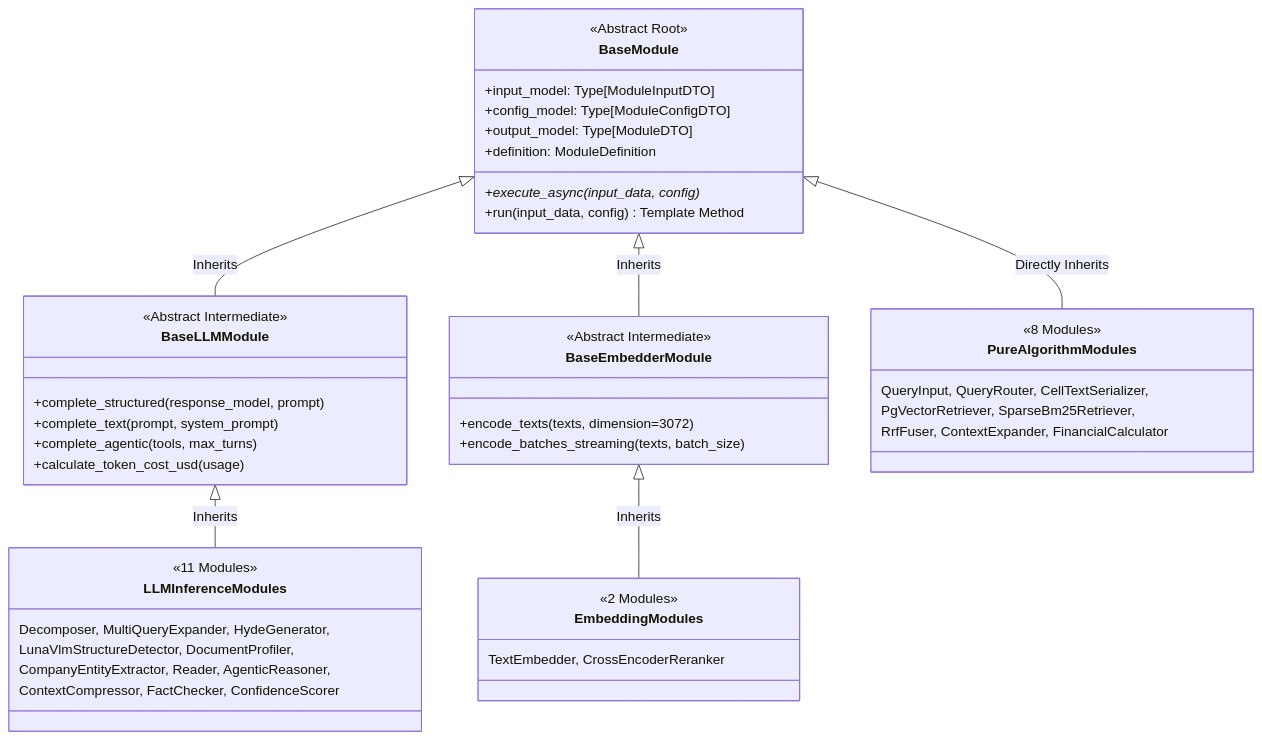
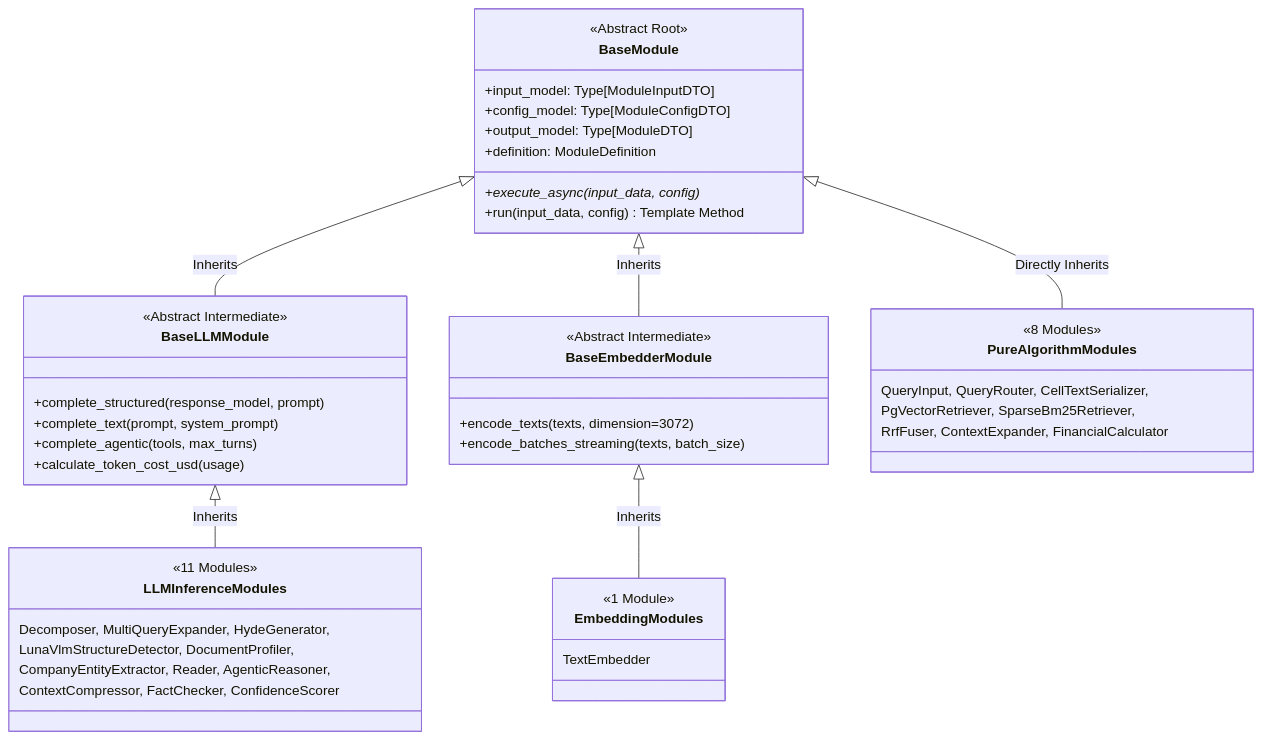
One commit to bist-mini-final/bist-mini-final changed the second of 2 diagrams in docs/blueprints/03_pipeline_module_blueprints/BP-302_21_modules_pinout_catalog.md. Above: the diagram before and after it, drawn with Mermaid. The commit also changed other lines of this file and 138 other files, not shown here.

````diff
--- a/docs/blueprints/03_pipeline_module_blueprints/BP-302_21_modules_pinout_catalog.md
+++ b/docs/blueprints/03_pipeline_module_blueprints/BP-302_21_modules_pinout_catalog.md
@@ -40,52 +40,52 @@
 ```mermaid
 classDiagram
     class BaseModule {
         <<Abstract Root>>
         +input_model: Type[ModuleInputDTO]
         +config_model: Type[ModuleConfigDTO]
         +output_model: Type[ModuleDTO]
         +definition: ModuleDefinition
         +execute_async(input_data, config)*
         +run(input_data, config) Template Method
     }
 
     class BaseLLMModule {
         <<Abstract Intermediate>>
         +complete_structured(response_model, prompt)
         +complete_text(prompt, system_prompt)
         +complete_agentic(tools, max_turns)
         +calculate_token_cost_usd(usage)
     }
 
     class BaseEmbedderModule {
         <<Abstract Intermediate>>
         +encode_texts(texts, dimension=3072)
         +encode_batches_streaming(texts, batch_size)
     }
 
     class PureAlgorithmModules {
         <<8 Modules>>
         QueryInput, QueryRouter, CellTextSerializer,
         PgVectorRetriever, SparseBm25Retriever,
         RrfFuser, ContextExpander, FinancialCalculator
     }
 
     class LLMInferenceModules {
         <<11 Modules>>
         Decomposer, MultiQueryExpander, HydeGenerator,
         LunaVlmStructureDetector, DocumentProfiler,
         CompanyEntityExtractor, Reader, AgenticReasoner,
         ContextCompressor, FactChecker, ConfidenceScorer
     }
 
     class EmbeddingModules {
-        <<2 Modules>>
-        TextEmbedder, CrossEncoderReranker
+        <<1 Module>>
+        TextEmbedder
     }
 
     BaseModule <|-- BaseLLMModule : Inherits
     BaseModule <|-- BaseEmbedderModule : Inherits
     BaseModule <|-- PureAlgorithmModules : Directly Inherits
     BaseLLMModule <|-- LLMInferenceModules : Inherits
     BaseEmbedderModule <|-- EmbeddingModules : Inherits
 ```
````
